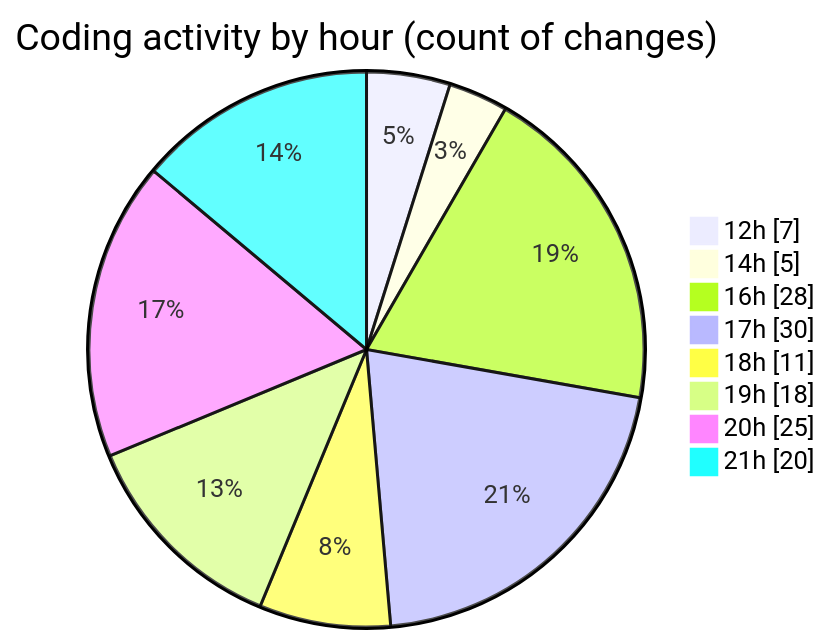
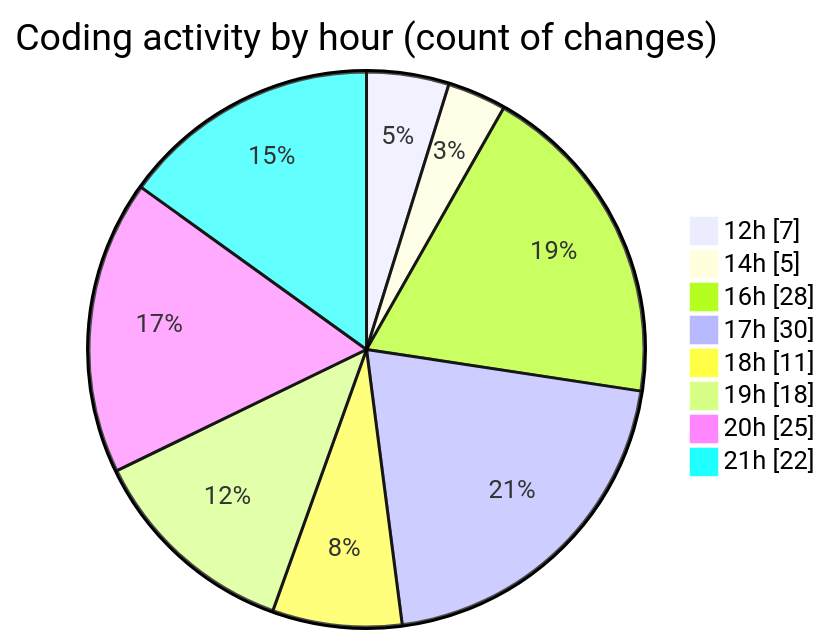
The second of 2 diagrams in 2025-10-06/eventscop-frontend-guide__workspace_/README.md (julien-gomy/code-tracking), drawn with Mermaid before and after one commit. The commit also changed other lines of this file and 1 other file, not shown here.

````diff
--- a/2025-10-06/eventscop-frontend-guide__workspace_/README.md
+++ b/2025-10-06/eventscop-frontend-guide__workspace_/README.md
@@ -68,12 +69,12 @@
 ```mermaid
 pie showData
 title Coding activity by hour (count of changes)
 "12h" : 7
 "14h" : 5
 "16h" : 28
 "17h" : 30
 "18h" : 11
 "19h" : 18
 "20h" : 25
-"21h" : 20
+"21h" : 22
 ```
````
